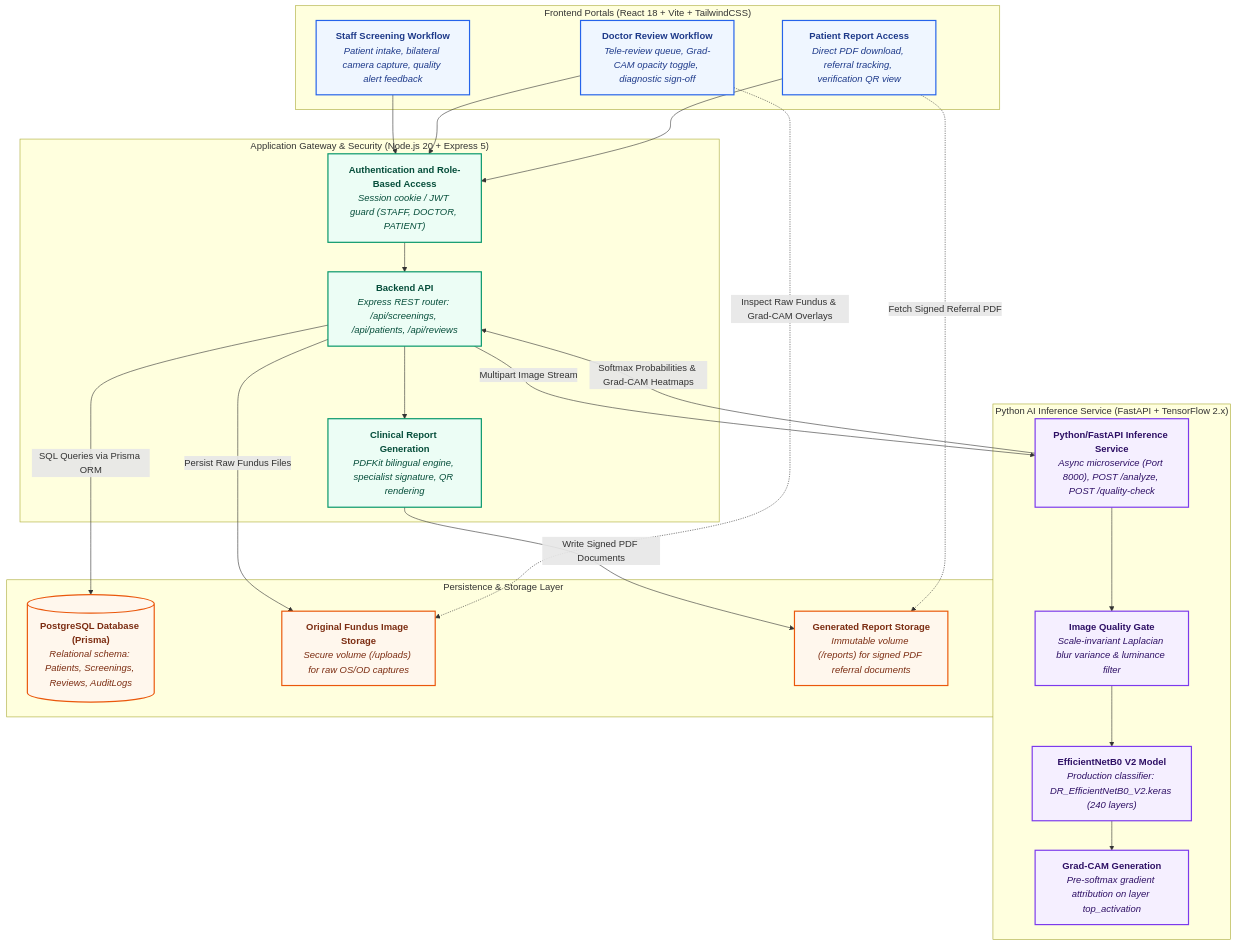
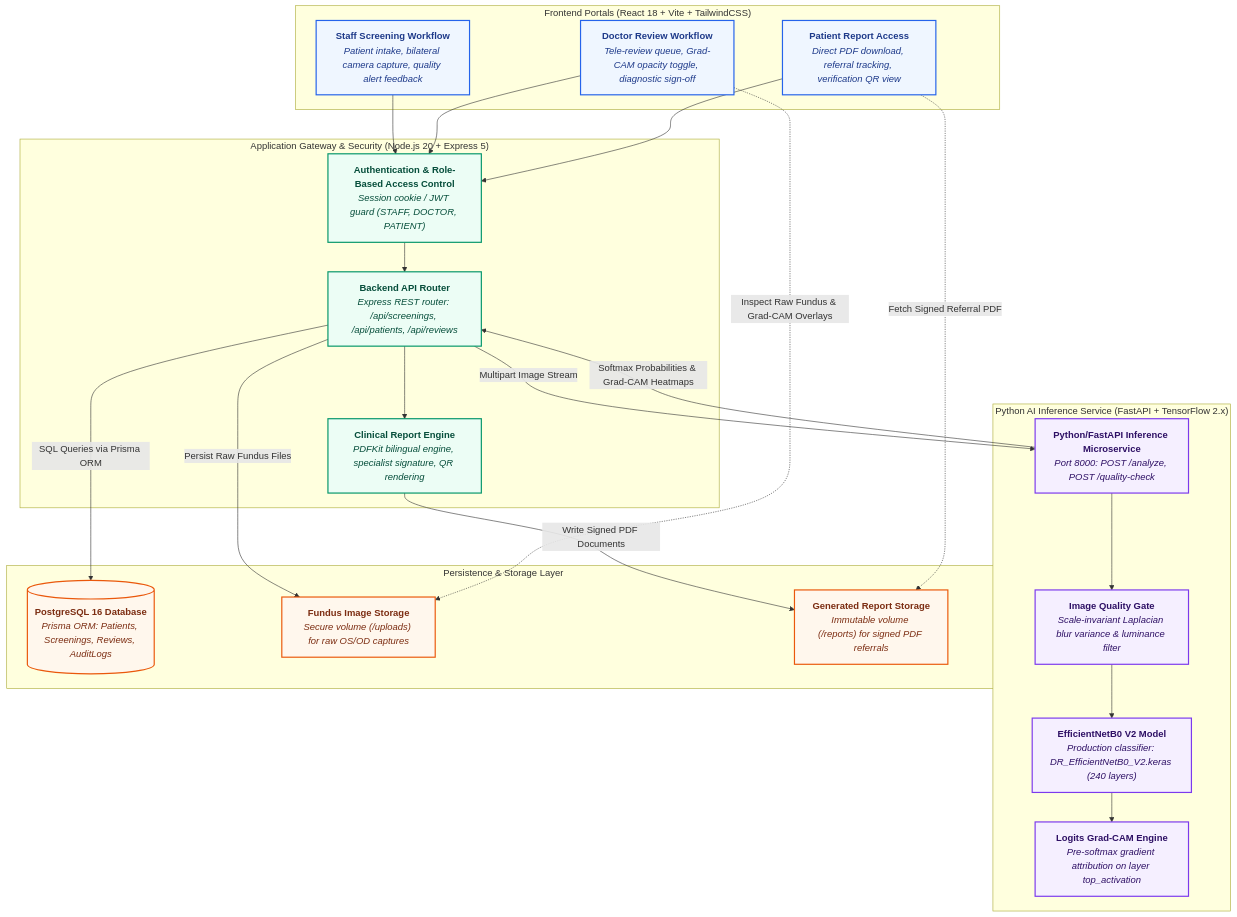
Before and after one commit to SudarshanSingh1/DR-Screening-System: the second of 3 diagrams in README.md, drawn with Mermaid. The commit also changed other lines of this file, not shown here.

````diff
--- a/README.md
+++ b/README.md
@@ -178,56 +205,56 @@
 ```mermaid
 flowchart TD
     subgraph Frontend_Portals ["Frontend Portals (React 18 + Vite + TailwindCSS)"]
         STAFF_WF["<b>Staff Screening Workflow</b><br/><i>Patient intake, bilateral camera capture, quality alert feedback</i>"]
         DOC_WF["<b>Doctor Review Workflow</b><br/><i>Tele-review queue, Grad-CAM opacity toggle, diagnostic sign-off</i>"]
         PATIENT_ACCESS["<b>Patient Report Access</b><br/><i>Direct PDF download, referral tracking, verification QR view</i>"]
     end
 
     subgraph Security_Gateway ["Application Gateway & Security (Node.js 20 + Express 5)"]
-        AUTH_RBAC["<b>Authentication and Role-Based Access</b><br/><i>Session cookie / JWT guard (STAFF, DOCTOR, PATIENT)</i>"]
-        BACKEND_API["<b>Backend API</b><br/><i>Express REST router: /api/screenings, /api/patients, /api/reviews</i>"]
-        REPORT_GEN["<b>Clinical Report Generation</b><br/><i>PDFKit bilingual engine, specialist signature, QR rendering</i>"]
+        AUTH_RBAC["<b>Authentication & Role-Based Access Control</b><br/><i>Session cookie / JWT guard (STAFF, DOCTOR, PATIENT)</i>"]
+        BACKEND_API["<b>Backend API Router</b><br/><i>Express REST router: /api/screenings, /api/patients, /api/reviews</i>"]
+        REPORT_GEN["<b>Clinical Report Engine</b><br/><i>PDFKit bilingual engine, specialist signature, QR rendering</i>"]
         AUTH_RBAC --> BACKEND_API
         BACKEND_API --> REPORT_GEN
     end
 
     subgraph Inference_Tier ["Python AI Inference Service (FastAPI + TensorFlow 2.x)"]
-        FASTAPI_SVC["<b>Python/FastAPI Inference Service</b><br/><i>Async microservice (Port 8000), POST /analyze, POST /quality-check</i>"]
+        FASTAPI_SVC["<b>Python/FastAPI Inference Microservice</b><br/><i>Port 8000: POST /analyze, POST /quality-check</i>"]
         QG_MOD["<b>Image Quality Gate</b><br/><i>Scale-invariant Laplacian blur variance & luminance filter</i>"]
         ENET_MODEL["<b>EfficientNetB0 V2 Model</b><br/><i>Production classifier: DR_EfficientNetB0_V2.keras (240 layers)</i>"]
-        GRADCAM_GEN["<b>Grad-CAM Generation</b><br/><i>Pre-softmax gradient attribution on layer top_activation</i>"]
+        GRADCAM_GEN["<b>Logits Grad-CAM Engine</b><br/><i>Pre-softmax gradient attribution on layer top_activation</i>"]
         FASTAPI_SVC --> QG_MOD
         QG_MOD --> ENET_MODEL
         ENET_MODEL --> GRADCAM_GEN
     end
 
     subgraph Persistence_Tier ["Persistence & Storage Layer"]
-        PG_DB[("<b>PostgreSQL Database (Prisma)</b><br/><i>Relational schema: Patients, Screenings, Reviews, AuditLogs</i>")]
-        IMG_STORAGE["<b>Original Fundus Image Storage</b><br/><i>Secure volume (/uploads) for raw OS/OD captures</i>"]
-        REP_STORAGE["<b>Generated Report Storage</b><br/><i>Immutable volume (/reports) for signed PDF referral documents</i>"]
+        PG_DB[("<b>PostgreSQL 16 Database</b><br/><i>Prisma ORM: Patients, Screenings, Reviews, AuditLogs</i>")]
+        IMG_STORAGE["<b>Fundus Image Storage</b><br/><i>Secure volume (/uploads) for raw OS/OD captures</i>"]
+        REP_STORAGE["<b>Generated Report Storage</b><br/><i>Immutable volume (/reports) for signed PDF referrals</i>"]
     end
 
     STAFF_WF --> AUTH_RBAC
     DOC_WF --> AUTH_RBAC
     PATIENT_ACCESS --> AUTH_RBAC
 
     BACKEND_API -->|Multipart Image Stream| FASTAPI_SVC
     FASTAPI_SVC -->|Softmax Probabilities & Grad-CAM Heatmaps| BACKEND_API
 
     BACKEND_API -->|SQL Queries via Prisma ORM| PG_DB
     BACKEND_API -->|Persist Raw Fundus Files| IMG_STORAGE
     REPORT_GEN -->|Write Signed PDF Documents| REP_STORAGE
 
     DOC_WF -.->|Inspect Raw Fundus & Grad-CAM Overlays| IMG_STORAGE
     PATIENT_ACCESS -.->|Fetch Signed Referral PDF| REP_STORAGE
 
     classDef uiBox stroke:#2563eb,stroke-width:2px,fill:#eff6ff,color:#1e3a8a;
     classDef gwBox stroke:#059669,stroke-width:2px,fill:#ecfdf5,color:#064e3b;
     classDef aiBox stroke:#7c3aed,stroke-width:2px,fill:#f5efff,color:#2e1065;
     classDef dbBox stroke:#ea580c,stroke-width:2px,fill:#fff7ed,color:#7c2d12;
 
     class STAFF_WF,DOC_WF,PATIENT_ACCESS uiBox;
     class AUTH_RBAC,BACKEND_API,REPORT_GEN gwBox;
     class FASTAPI_SVC,QG_MOD,ENET_MODEL,GRADCAM_GEN aiBox;
     class PG_DB,IMG_STORAGE,REP_STORAGE dbBox;
 ```
````
